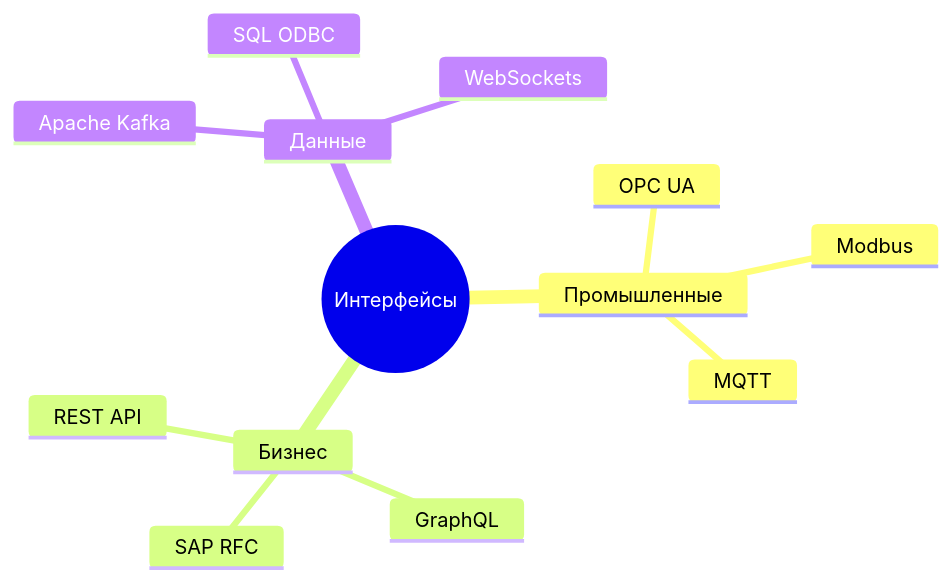
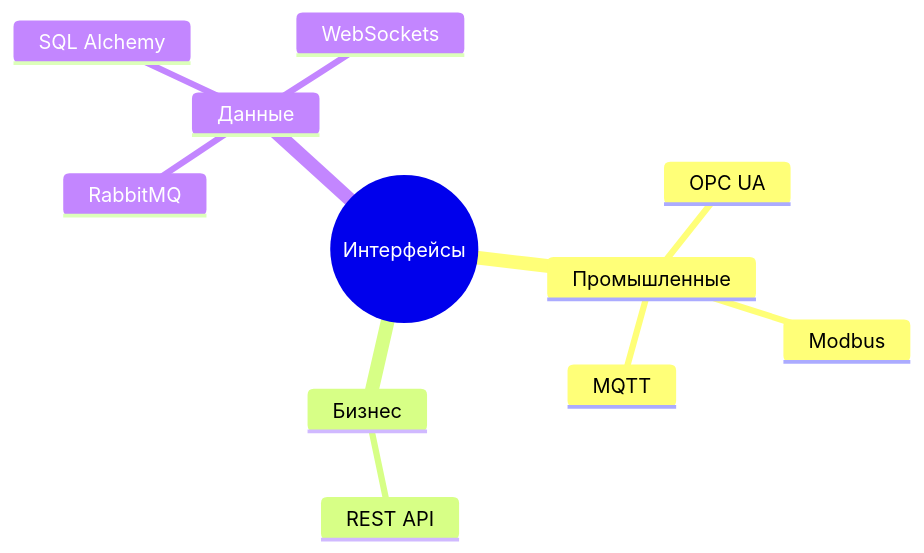
One commit to kat-spb/JustTests changed the fourth of 5 diagrams in arch_flexibility.md. Above: the diagram before and after it, drawn with Mermaid. The commit also changed other lines of this file, not shown here.

````diff
--- a/arch_flexibility.md
+++ b/arch_flexibility.md
@@ -69,16 +69,14 @@
 ```mermaid
 mindmap
   root((Интерфейсы))
     Промышленные
       OPC UA
       Modbus
       MQTT
     Бизнес
       REST API
-      GraphQL
-      SAP RFC
     Данные
-      Apache Kafka
-      SQL ODBC
+      RabbitMQ
+      SQL Alchemy
       WebSockets
 ```
````
